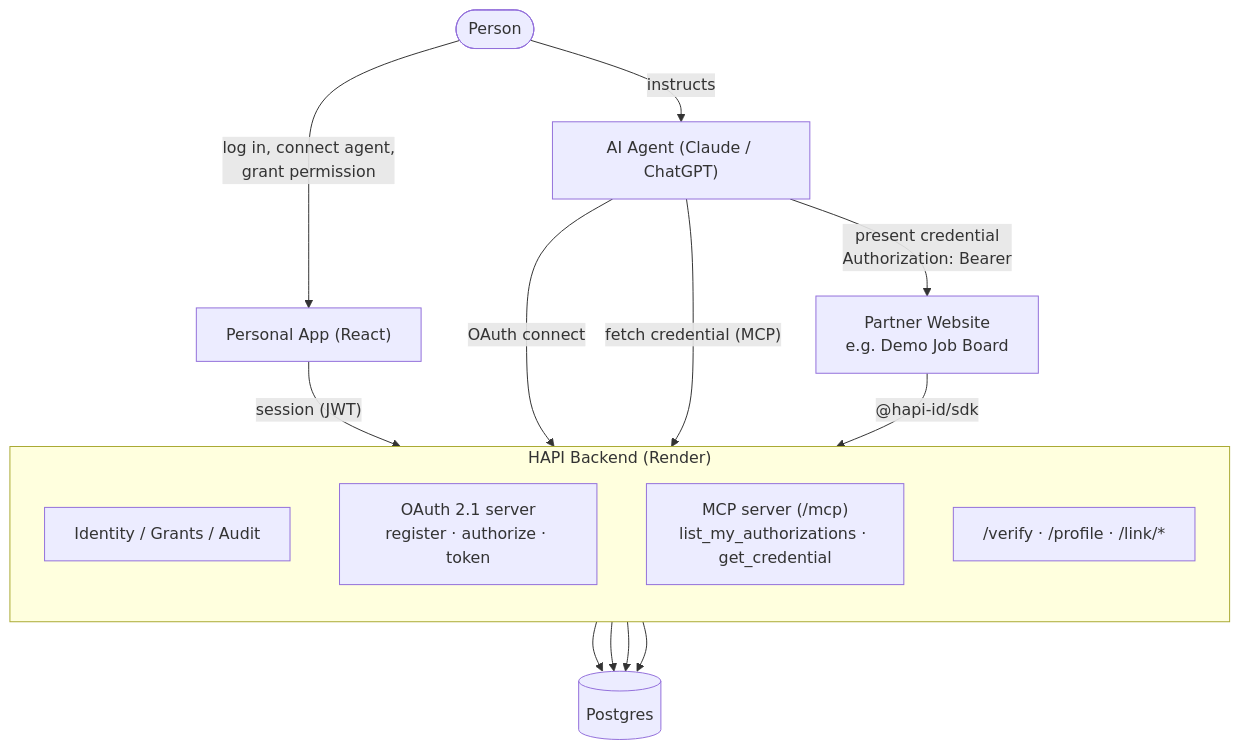
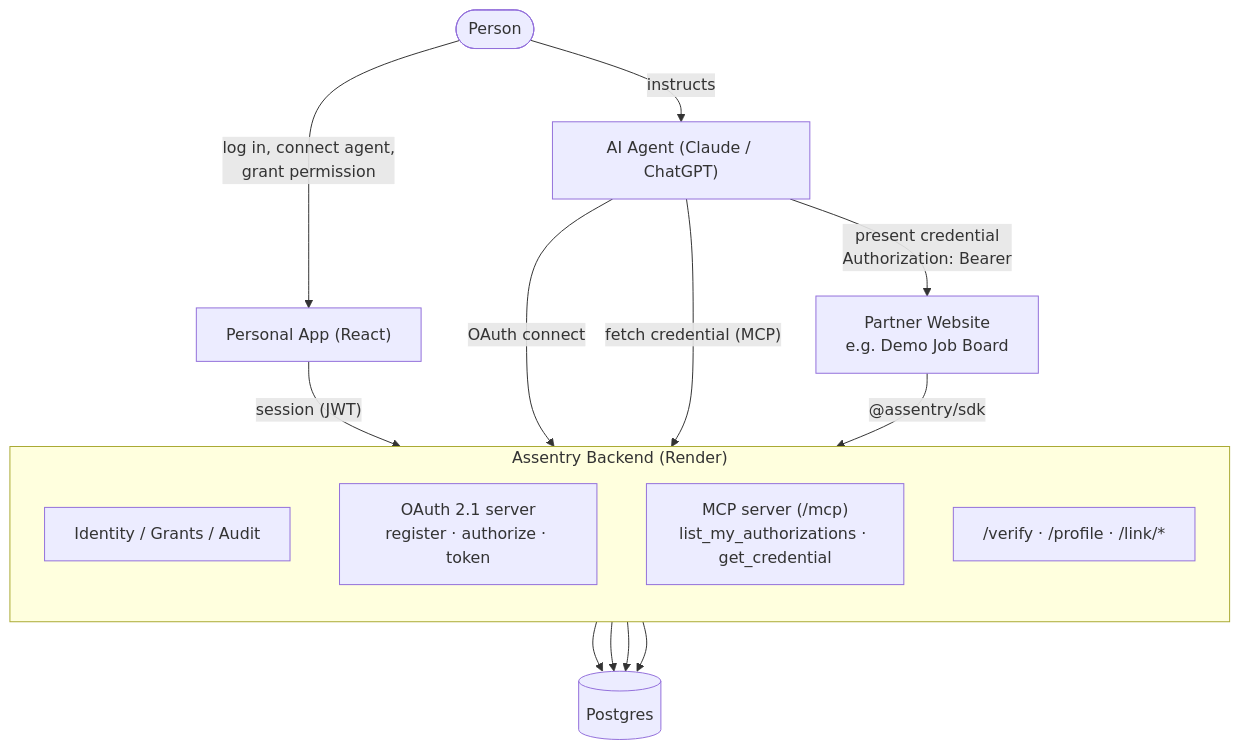
The diagram in ARCHITECTURE.md (assentry/assentry), drawn with Mermaid before and after one commit. The commit also changed other lines of this file and 34 other files, not shown here.

First line of the commit message:
Rename HAPI to Assentry

````diff
--- a/ARCHITECTURE.md
+++ b/ARCHITECTURE.md
@@ -3,28 +3,28 @@
 ```mermaid
 flowchart TB
     User(["Person"])
     App["Personal App (React)"]
     Agent["AI Agent (Claude / ChatGPT)"]
     Partner["Partner Website<br/>e.g. Demo Job Board"]
     DB[("Postgres")]
 
-    subgraph HAPI["HAPI Backend (Render)"]
+    subgraph Assentry["Assentry Backend (Render)"]
         direction TB
         Core["Identity / Grants / Audit"]
         OAuthSrv["OAuth 2.1 server<br/>register · authorize · token"]
         MCP["MCP server (/mcp)<br/>list_my_authorizations · get_credential"]
         Verify["/verify · /profile · /link/*"]
     end
 
     User -- "log in, connect agent,<br/>grant permission" --> App
     App -- "session (JWT)" --> Core
     User -- "instructs" --> Agent
     Agent -- "OAuth connect" --> OAuthSrv
     Agent -- "fetch credential (MCP)" --> MCP
     Agent -- "present credential<br/>Authorization: Bearer" --> Partner
-    Partner -- "@hapi-id/sdk" --> Verify
+    Partner -- "@assentry/sdk" --> Verify
     Core --> DB
     OAuthSrv --> DB
     MCP --> DB
     Verify --> DB
 ```
````
